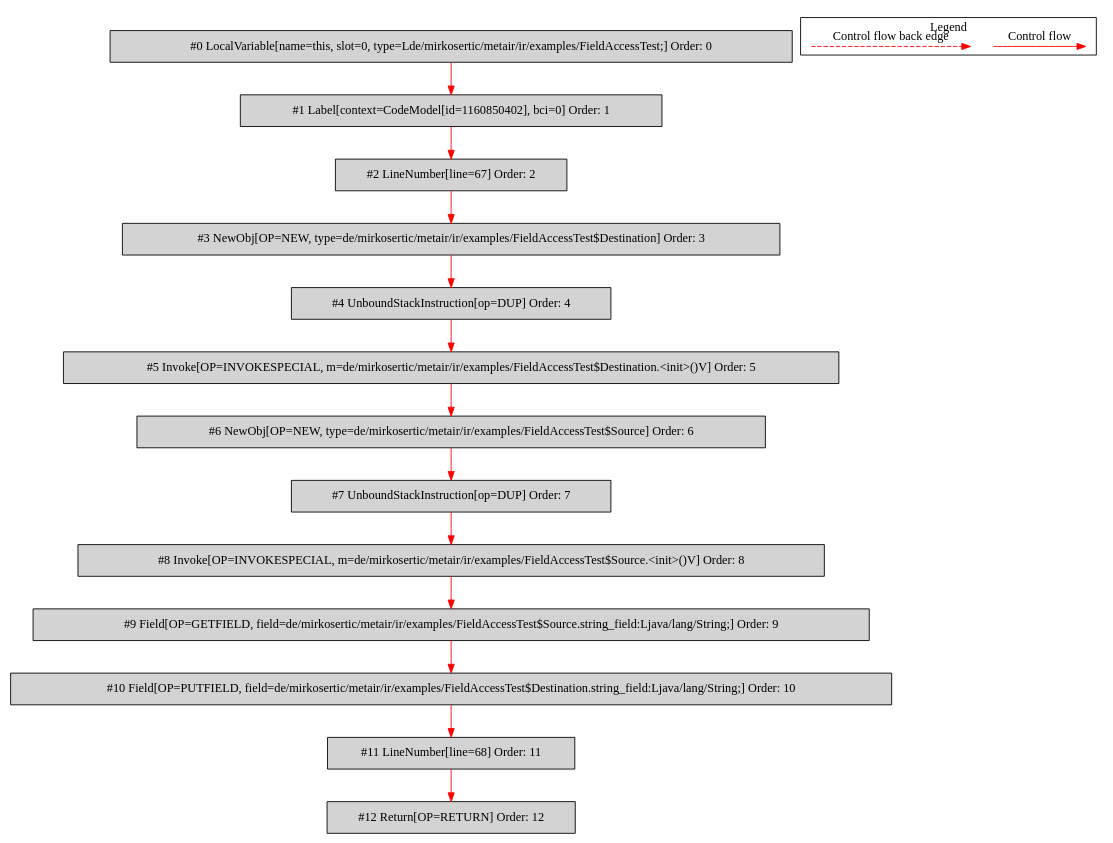
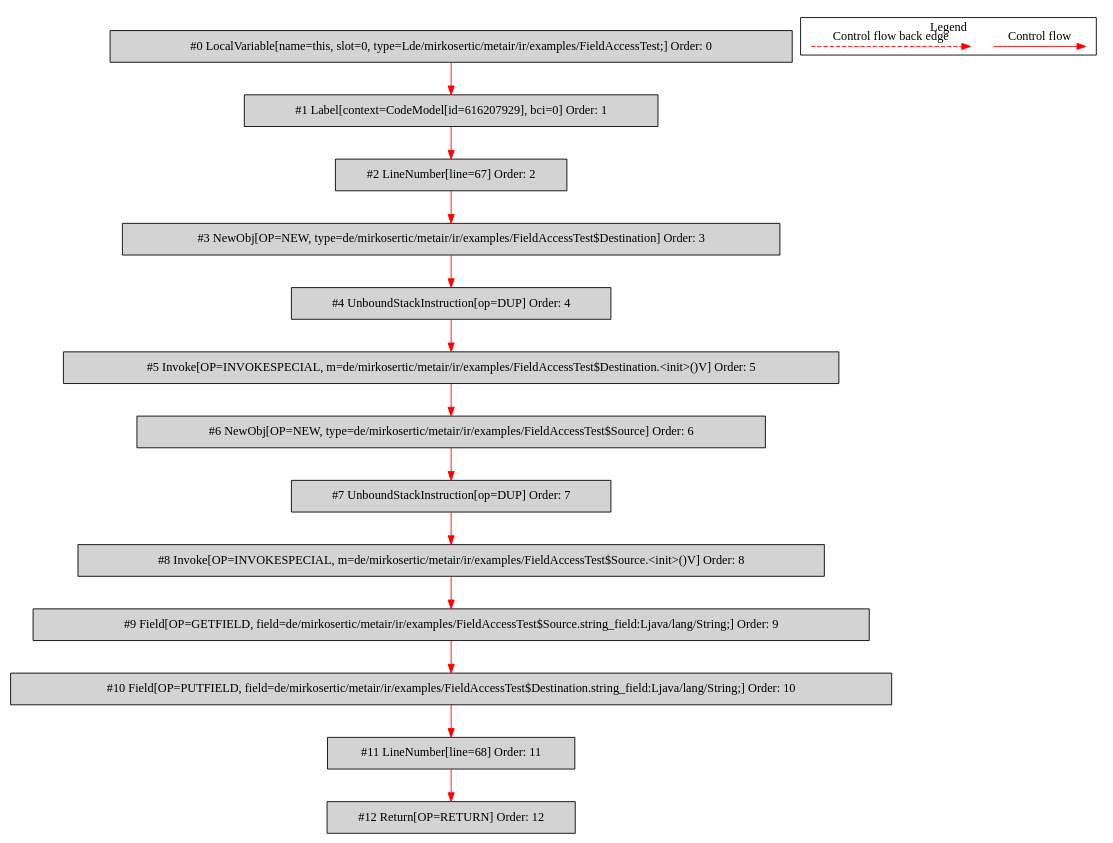
The diagram in de.mirkosertic.metair.ir.examples.FieldAccessTest/copy_string/bytecodecfg.dot (mirkosertic/MetaIR), drawn with Graphviz before and after one commit. The commit also changed 1455 other files, not shown here.

```diff
--- a/de.mirkosertic.metair.ir.examples.FieldAccessTest/copy_string/bytecodecfg.dot
+++ b/de.mirkosertic.metair.ir.examples.FieldAccessTest/copy_string/bytecodecfg.dot
@@ -1,42 +1,42 @@
 digraph {
  ordering="in";
  node0[label="#0 LocalVariable[name=this, slot=0, type=Lde/mirkosertic/metair/ir/examples/FieldAccessTest;] Order: 0", shape=box, fillcolor=lightgrey, style=filled];
- node1[label="#1 Label[context=CodeModel[id=1160850402], bci=0] Order: 1", shape=box, fillcolor=lightgrey, style=filled];
+ node1[label="#1 Label[context=CodeModel[id=616207929], bci=0] Order: 1", shape=box, fillcolor=lightgrey, style=filled];
  node2[label="#2 LineNumber[line=67] Order: 2", shape=box, fillcolor=lightgrey, style=filled];
  node3[label="#3 NewObj[OP=NEW, type=de/mirkosertic/metair/ir/examples/FieldAccessTest$Destination] Order: 3", shape=box, fillcolor=lightgrey, style=filled];
  node4[label="#4 UnboundStackInstruction[op=DUP] Order: 4", shape=box, fillcolor=lightgrey, style=filled];
  node5[label="#5 Invoke[OP=INVOKESPECIAL, m=de/mirkosertic/metair/ir/examples/FieldAccessTest$Destination.<init>()V] Order: 5", shape=box, fillcolor=lightgrey, style=filled];
  node6[label="#6 NewObj[OP=NEW, type=de/mirkosertic/metair/ir/examples/FieldAccessTest$Source] Order: 6", shape=box, fillcolor=lightgrey, style=filled];
  node7[label="#7 UnboundStackInstruction[op=DUP] Order: 7", shape=box, fillcolor=lightgrey, style=filled];
  node8[label="#8 Invoke[OP=INVOKESPECIAL, m=de/mirkosertic/metair/ir/examples/FieldAccessTest$Source.<init>()V] Order: 8", shape=box, fillcolor=lightgrey, style=filled];
  node9[label="#9 Field[OP=GETFIELD, field=de/mirkosertic/metair/ir/examples/FieldAccessTest$Source.string_field:Ljava/lang/String;] Order: 9", shape=box, fillcolor=lightgrey, style=filled];
  node10[label="#10 Field[OP=PUTFIELD, field=de/mirkosertic/metair/ir/examples/FieldAccessTest$Destination.string_field:Ljava/lang/String;] Order: 10", shape=box, fillcolor=lightgrey, style=filled];
  node11[label="#11 LineNumber[line=68] Order: 11", shape=box, fillcolor=lightgrey, style=filled];
  node12[label="#12 Return[OP=RETURN] Order: 12", shape=box, fillcolor=lightgrey, style=filled];
  node0 -> node1[color=red];
  node1 -> node2[color=red];
  node2 -> node3[color=red];
  node3 -> node4[color=red];
  node4 -> node5[color=red];
  node5 -> node6[color=red];
  node6 -> node7[color=red];
  node7 -> node8[color=red];
  node8 -> node9[color=red];
  node9 -> node10[color=red];
  node10 -> node11[color=red];
  node11 -> node12[color=red];
  subgraph cluster_000 {
   label = "Legend";
   node [shape=point]
   {
    rank=same;
    c0 [style = invis];
    c1 [style = invis];
    c2 [style = invis];
    c3 [style = invis];
   }
   c0 -> c1 [label="Control flow", style=solid, color=red]
   c2 -> c3 [label="Control flow back edge", style=dashed, color=red]
  }
 
 }
```
